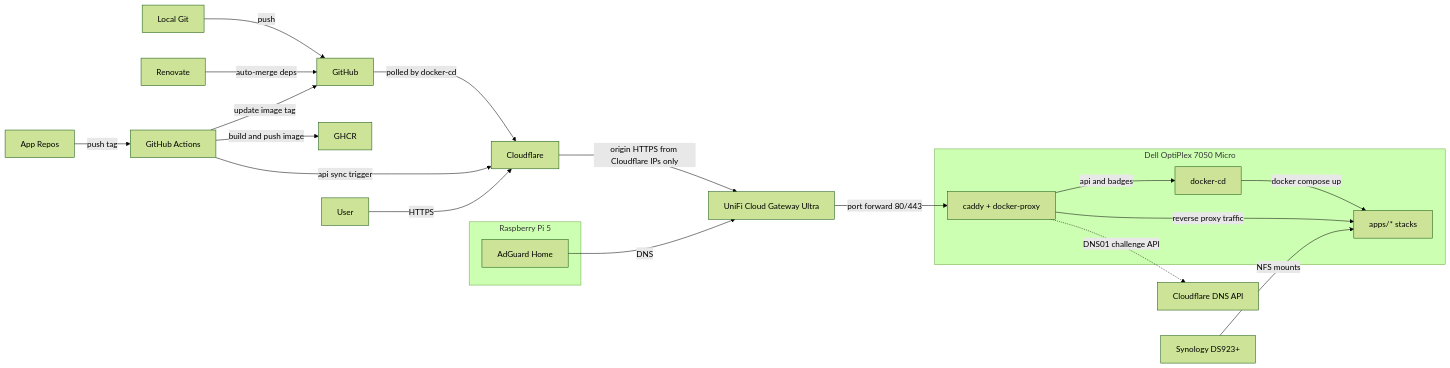
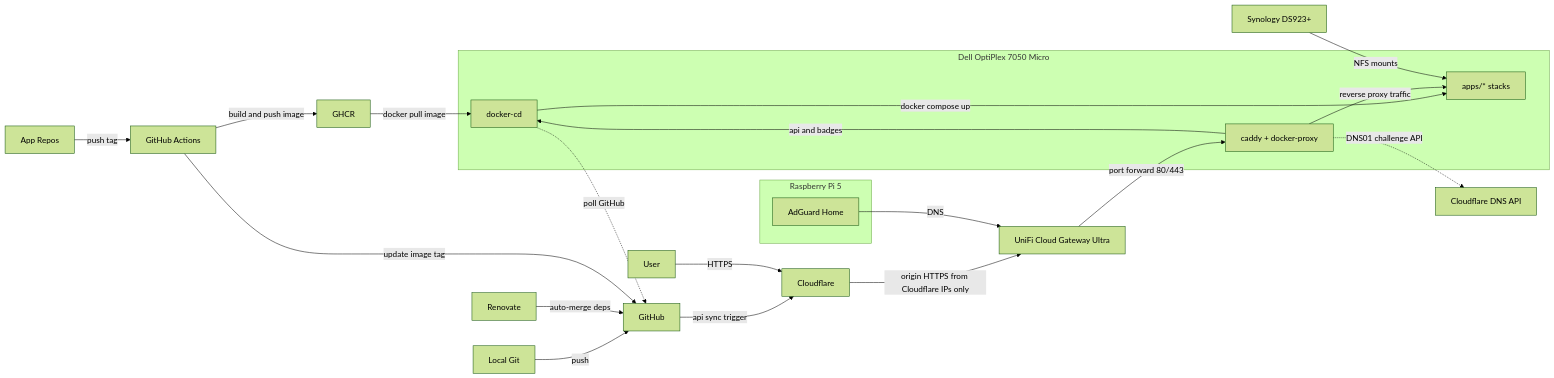
One commit to wajeht/home-ops changed the diagram in README.md. Above: the diagram before and after it, drawn with Mermaid (forest theme).

Commit message:
docs: update architecture diagram to reflect docker_cd usage

````diff
--- a/README.md
+++ b/README.md
@@ -16,31 +16,32 @@
 ```mermaid
 flowchart LR
     subgraph dell[Dell OptiPlex 7050 Micro]
         docker_cd[docker-cd]
         caddy[caddy + docker-proxy]
         apps[apps/* stacks]
     end
 
     subgraph pi[Raspberry Pi 5]
         adguard[AdGuard Home]
     end
 
     local_git[Local Git] -->|push| github[GitHub]
     app_repo[App Repos] -->|push tag| actions[GitHub Actions]
     renovate[Renovate] -->|auto-merge deps| github
     actions -->|build and push image| ghcr[GHCR]
     actions -->|update image tag| github
-    github -->|polled by docker-cd| cloudflare[Cloudflare]
-    actions -->|api sync trigger| cloudflare
+    ghcr -->|docker pull image| docker_cd
+    docker_cd -.->|poll GitHub| github
+    github -->|api sync trigger| cloudflare[Cloudflare]
 
-    user[User] -->|HTTPS| cloudflare[Cloudflare]
+    user[User] -->|HTTPS| cloudflare
     cloudflare -->|origin HTTPS from Cloudflare IPs only| unifi[UniFi Cloud Gateway Ultra]
     adguard -->|DNS| unifi
 
     docker_cd -->|docker compose up| apps
     caddy -->|reverse proxy traffic| apps
     caddy -->|api and badges| docker_cd
     unifi -->|port forward 80/443| caddy
     caddy -.->|DNS01 challenge API| cloudflare_dns[Cloudflare DNS API]
     nas[Synology DS923+] -->|NFS mounts| apps
 ```
````
